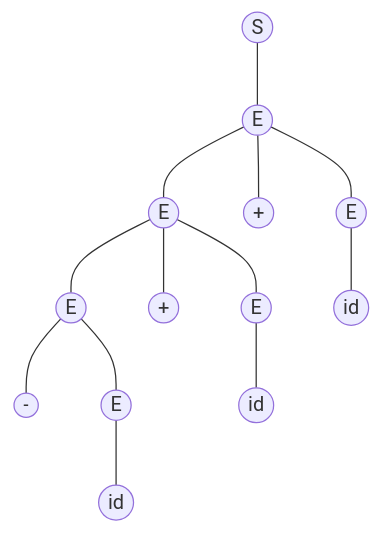
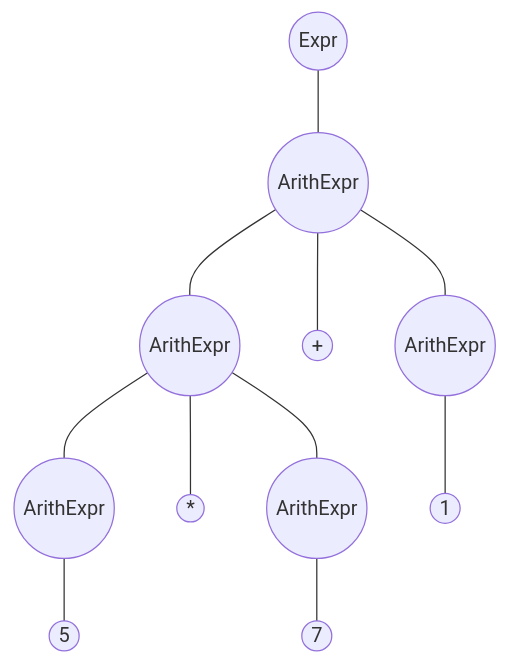
Before and after one commit to Zeng-WCh/minijava_sysu: the first of 2 diagrams in exp2/README.md, drawn with Mermaid. The commit also changed other lines of this file and 20 other files, not shown here.

````diff
--- a/exp2/README.md
+++ b/exp2/README.md
@@ -9,31 +9,27 @@
 ```mermaid
-
 graph TB
 
-0((S))
-1((E))
-2((E))
+0((Expr))
+1((ArithExpr))
+2((ArithExpr))
 3((+))
-4((E))
-5((E))
-6((+))
-7((E))
-8((id))
-9(("-"))
-10((E))
-11((id))
-12((id))
+4((ArithExpr))
+5((ArithExpr))
+6((*))
+7((ArithExpr))
+8((1))
+9((5))
+a((7))
 
 0 --- 1
 1 --- 2
 1 --- 3
 1 --- 4
-2 --- 5
-2 --- 6
-2 --- 7
-4 --- 8
+4 --- 5
+4 --- 6
+4 --- 7
+2 --- 8
 5 --- 9
-5 --- 10
-10 --- 12
-7 --- 11
+7 --- a
+
 ```
````
